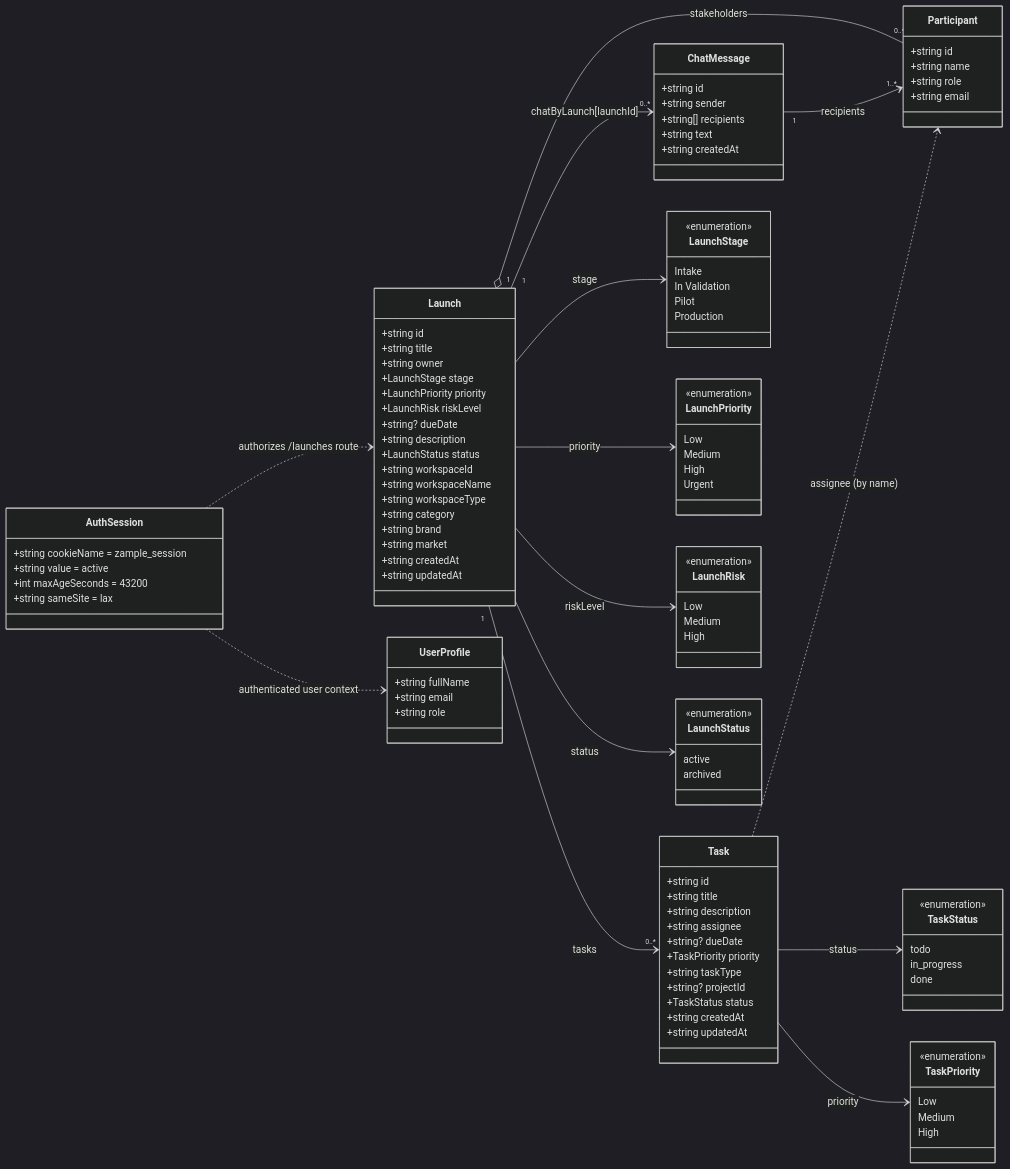
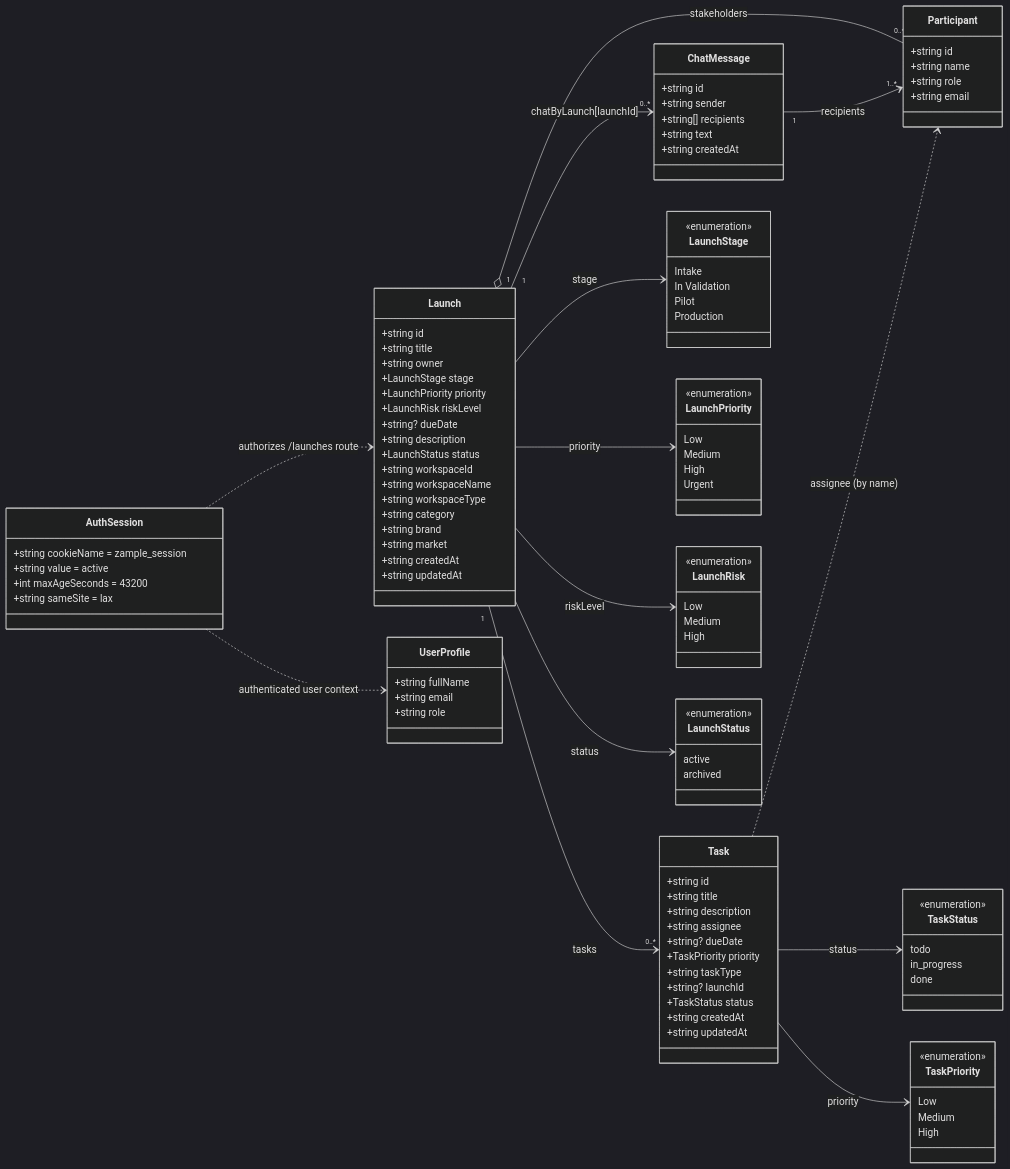
One commit to mcoen/zample changed the diagram in docs/object-model.mmd. Above: the diagram before and after it, drawn with Mermaid (dark theme). The commit also changed 15 other files, not shown here.

Commit message:
refactor: rename project domain to launch across stack

```diff
--- a/docs/object-model.mmd
+++ b/docs/object-model.mmd
@@ -1,123 +1,123 @@
 classDiagram
 direction LR
 
 class Launch {
   +string id
   +string title
   +string owner
   +LaunchStage stage
   +LaunchPriority priority
   +LaunchRisk riskLevel
   +string? dueDate
   +string description
   +LaunchStatus status
   +string workspaceId
   +string workspaceName
   +string workspaceType
   +string category
   +string brand
   +string market
   +string createdAt
   +string updatedAt
 }
 
 class Participant {
   +string id
   +string name
   +string role
   +string email
 }
 
 class Task {
   +string id
   +string title
   +string description
   +string assignee
   +string? dueDate
   +TaskPriority priority
   +string taskType
-  +string? projectId
+  +string? launchId
   +TaskStatus status
   +string createdAt
   +string updatedAt
 }
 
 class ChatMessage {
   +string id
   +string sender
   +string[] recipients
   +string text
   +string createdAt
 }
 
 class UserProfile {
   +string fullName
   +string email
   +string role
 }
 
 class AuthSession {
   +string cookieName = zample_session
   +string value = active
   +int maxAgeSeconds = 43200
   +string sameSite = lax
 }
 
 class LaunchStage {
   <<enumeration>>
   Intake
   In Validation
   Pilot
   Production
 }
 
 class LaunchPriority {
   <<enumeration>>
   Low
   Medium
   High
   Urgent
 }
 
 class LaunchRisk {
   <<enumeration>>
   Low
   Medium
   High
 }
 
 class LaunchStatus {
   <<enumeration>>
   active
   archived
 }
 
 class TaskStatus {
   <<enumeration>>
   todo
   in_progress
   done
 }
 
 class TaskPriority {
   <<enumeration>>
   Low
   Medium
   High
 }
 
 Launch "1" o-- "0..*" Participant : stakeholders
 Launch "1" --> "0..*" Task : tasks
 Launch "1" --> "0..*" ChatMessage : chatByLaunch[launchId]
 ChatMessage "1" --> "1..*" Participant : recipients
 Task ..> Participant : assignee (by name)
 
 Launch --> LaunchStage : stage
 Launch --> LaunchPriority : priority
 Launch --> LaunchRisk : riskLevel
 Launch --> LaunchStatus : status
 Task --> TaskStatus : status
 Task --> TaskPriority : priority
 
 AuthSession ..> UserProfile : authenticated user context
 AuthSession ..> Launch : authorizes /launches route
```
